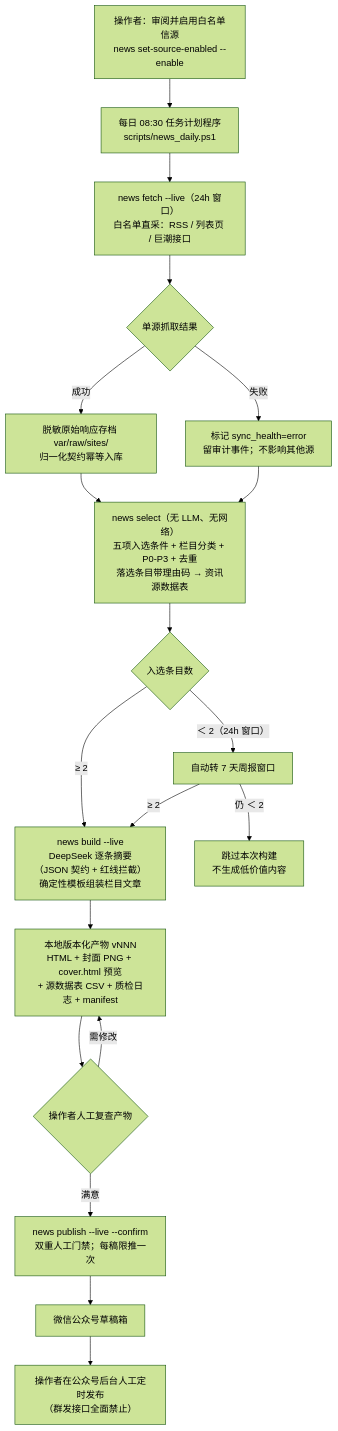
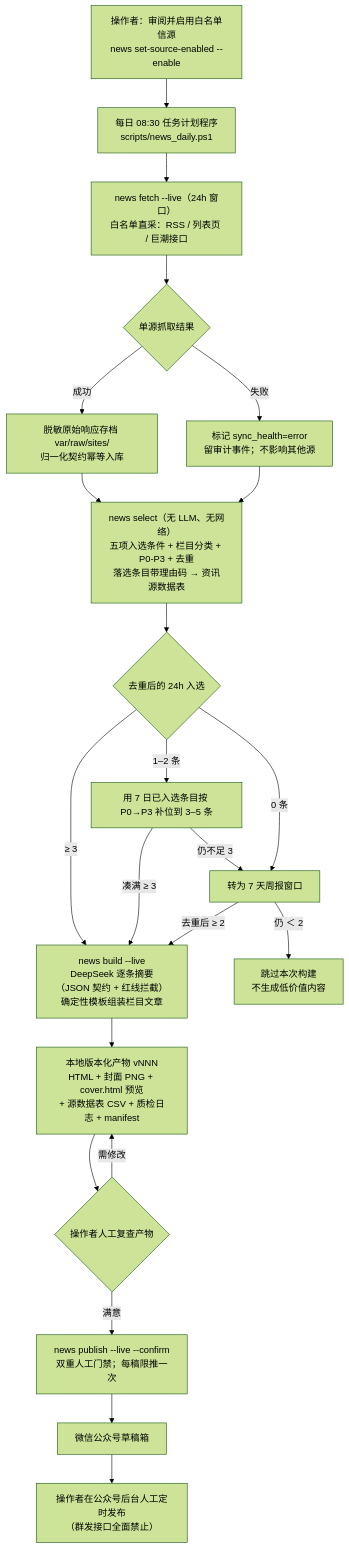
One commit to GuJiaWen777/nutrition-signal-radar changed the diagram in docs/NEWS_WORKFLOW.md. Above: the diagram before and after it, drawn with Mermaid (forest theme). The commit also changed other lines of this file and 8 other files, not shown here.

````diff
--- a/docs/NEWS_WORKFLOW.md
+++ b/docs/NEWS_WORKFLOW.md
@@ -7,21 +7,24 @@
 ```mermaid
 flowchart TD
     A["操作者：审阅并启用白名单信源<br/>news set-source-enabled --enable"] --> B["每日 08:30 任务计划程序<br/>scripts/news_daily.ps1"]
     B --> C["news fetch --live（24h 窗口）<br/>白名单直采：RSS / 列表页 / 巨潮接口"]
     C --> C1{"单源抓取结果"}
     C1 -->|"成功"| C2["脱敏原始响应存档 var/raw/sites/<br/>归一化契约幂等入库"]
     C1 -->|"失败"| C3["标记 sync_health=error<br/>留审计事件；不影响其他源"]
     C2 --> D["news select（无 LLM、无网络）<br/>五项入选条件 + 栏目分类 + P0-P3 + 去重<br/>落选条目带理由码 → 资讯源数据表"]
     C3 --> D
-    D --> D1{"入选条目数"}
-    D1 -->|"≥ 2"| E["news build --live<br/>DeepSeek 逐条摘要（JSON 契约 + 红线拦截）<br/>确定性模板组装栏目文章"]
-    D1 -->|"＜ 2（24h 窗口）"| F["自动转 7 天周报窗口"]
-    F -->|"≥ 2"| E
-    F -->|"仍 ＜ 2"| G["跳过本次构建<br/>不生成低价值内容"]
-    E --> H["本地版本化产物 vNNN<br/>HTML + 封面 PNG + cover.html 预览<br/>+ 源数据表 CSV + 质检日志 + manifest"]
-    H --> I{"操作者人工复查产物"}
-    I -->|"需修改"| H
-    I -->|"满意"| J["news publish --live --confirm<br/>双重人工门禁；每稿限推一次"]
-    J --> K["微信公众号草稿箱"]
-    K --> L["操作者在公众号后台人工定时发布<br/>（群发接口全面禁止）"]
+    D --> D1{"去重后的 24h 入选"}
+    D1 -->|"≥ 3"| E["news build --live<br/>DeepSeek 逐条摘要（JSON 契约 + 红线拦截）<br/>确定性模板组装栏目文章"]
+    D1 -->|"1–2 条"| F["用 7 日已入选条目按 P0→P3 补位到 3–5 条"]
+    F -->|"凑满 ≥ 3"| E
+    F -->|"仍不足 3"| G["转为 7 天周报窗口"]
+    D1 -->|"0 条"| G
+    G -->|"去重后 ≥ 2"| E
+    G -->|"仍 ＜ 2"| H["跳过本次构建<br/>不生成低价值内容"]
+    E --> I["本地版本化产物 vNNN<br/>HTML + 封面 PNG + cover.html 预览<br/>+ 源数据表 CSV + 质检日志 + manifest"]
+    I --> J{"操作者人工复查产物"}
+    J -->|"需修改"| I
+    J -->|"满意"| K["news publish --live --confirm<br/>双重人工门禁；每稿限推一次"]
+    K --> L["微信公众号草稿箱"]
+    L --> M["操作者在公众号后台人工定时发布<br/>（群发接口全面禁止）"]
 ```
````
